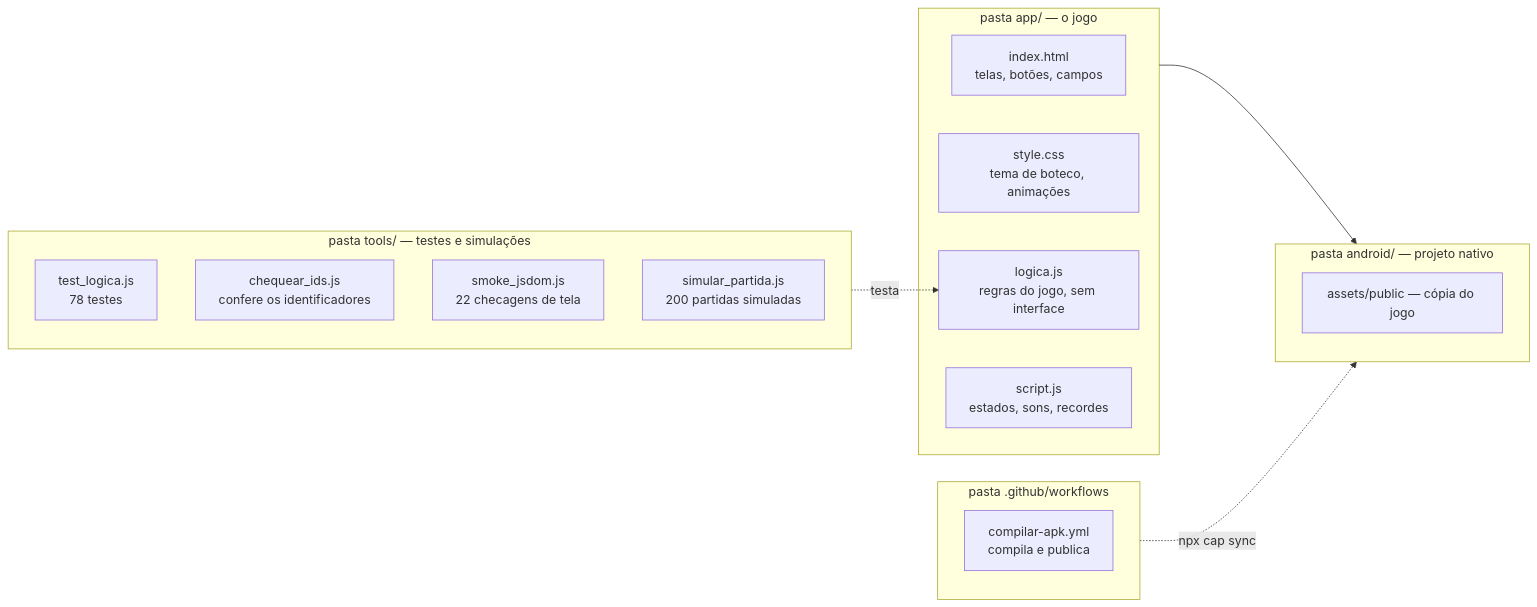
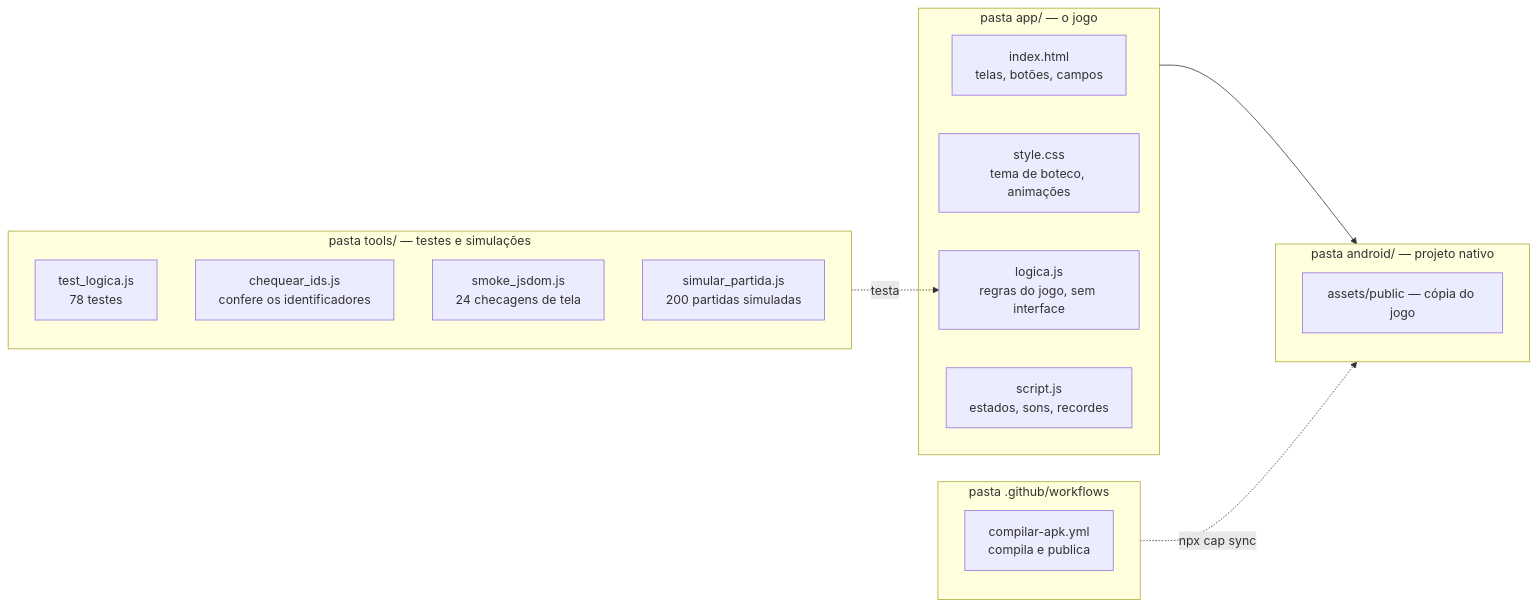
Before and after one commit to Lokan96/poker-do-caos: the second of 5 diagrams in README.md, drawn with Mermaid. The commit also changed other lines of this file and 10 other files, not shown here.

````diff
--- a/README.md
+++ b/README.md
@@ -68,24 +68,24 @@
 ```mermaid
 flowchart LR
     subgraph APP["pasta app/ — o jogo"]
         HTML["index.html<br/>telas, botões, campos"]
         CSS["style.css<br/>tema de boteco, animações"]
         LOG["logica.js<br/>regras do jogo, sem interface"]
         SCR["script.js<br/>estados, sons, recordes"]
     end
     subgraph FERR["pasta tools/ — testes e simulações"]
         T1["test_logica.js<br/>78 testes"]
         T2["chequear_ids.js<br/>confere os identificadores"]
-        T3["smoke_jsdom.js<br/>22 checagens de tela"]
+        T3["smoke_jsdom.js<br/>24 checagens de tela"]
         T4["simular_partida.js<br/>200 partidas simuladas"]
     end
     subgraph AND["pasta android/ — projeto nativo"]
         A2["assets/public — cópia do jogo"]
     end
     subgraph CIP["pasta .github/workflows"]
         W["compilar-apk.yml<br/>compila e publica"]
     end
     APP --> AND
     FERR -.testa.-> LOG
     CIP -.npx cap sync.-> AND
 ```
````
